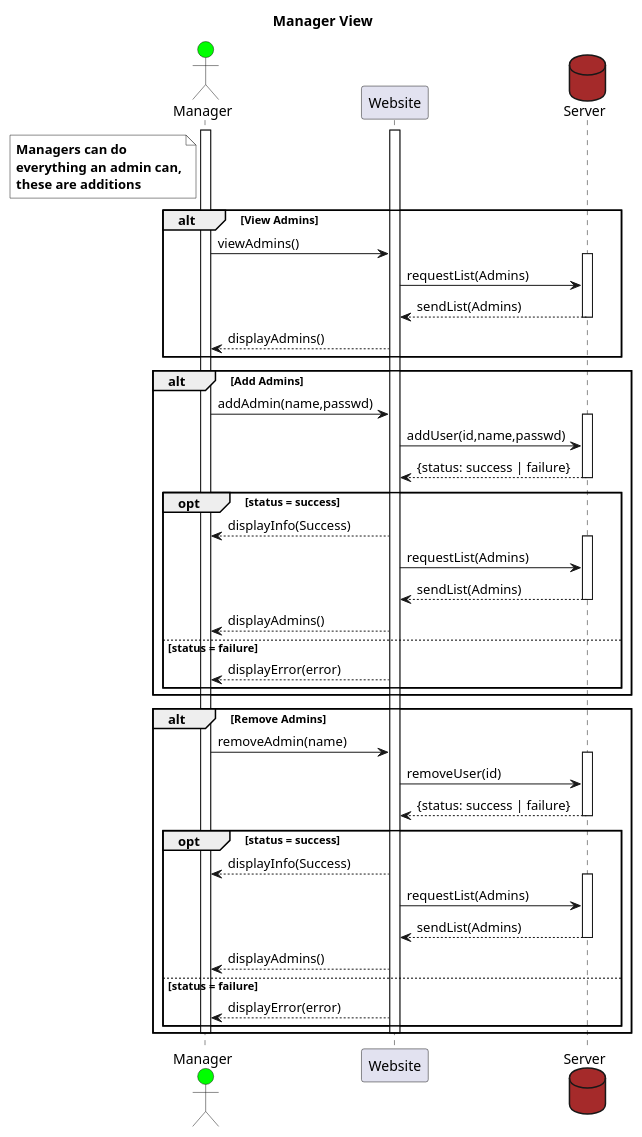
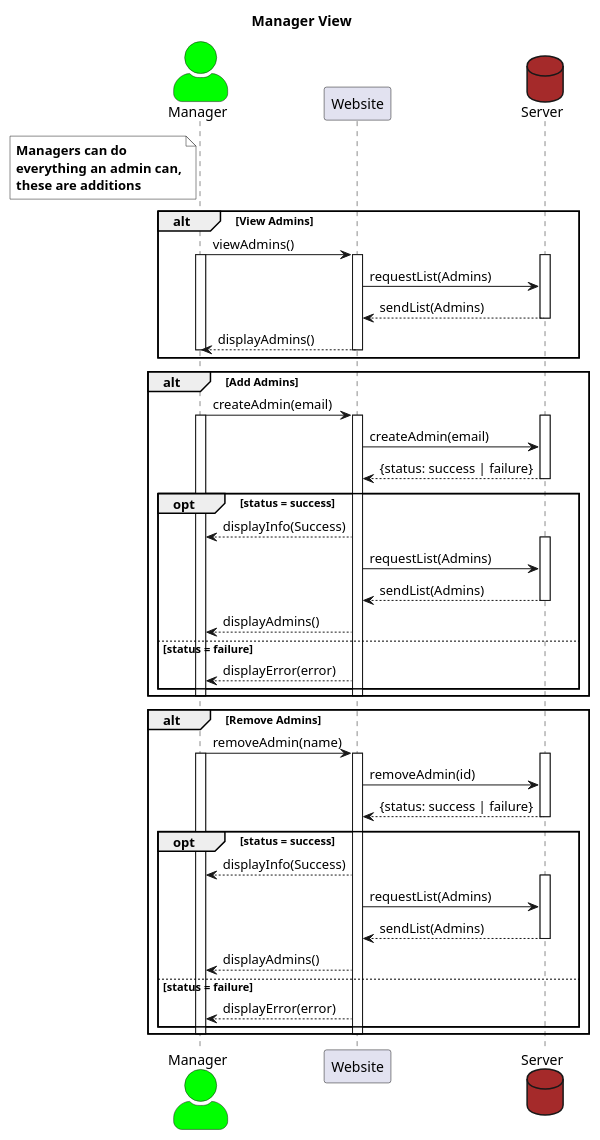
One commit to felixalbrigtsen/asura-tmdb changed the diagram in documentation/sequence_diagrams/sequenceDiagramManager.puml. Above: the diagram before and after it, drawn with PlantUML. The commit also changed 7 other files, not shown here.

```diff
--- a/documentation/sequence_diagrams/sequenceDiagramManager.puml
+++ b/documentation/sequence_diagrams/sequenceDiagramManager.puml
@@ -1,67 +1,77 @@
 @startuml Manger View
 title Manager View
+skinparam actorStyle awesome
+
 Actor Manager #lime
 participant Website
 database Server #brown
 
 note left of Manager #white
 **Managers can do** 
 **everything an admin can,**
 **these are additions**
 end note
 
 alt View Admins
+Manager->Website: viewAdmins()
 activate Manager
 activate Website
-    Manager->Website: viewAdmins()
 activate Server
     Website->Server: requestList(Admins)
     Website<--Server: sendList(Admins)
 deactivate Server
     Manager<--Website: displayAdmins()
+deactivate Manager
+deactivate Website
 end
 
 alt Add Admins
-    Manager->Website: addAdmin(name,passwd)
+    Manager->Website: createAdmin(email)
+    activate Manager
+    activate Website
 activate Server
-    Website->Server: addUser(id,name,passwd)
+    Website->Server: createAdmin(email)
     Website<--Server: {status: success | failure}
 deactivate Server
     opt status = success
         Manager<--Website: displayInfo(Success)
     activate Server
         Website->Server: requestList(Admins)
             Website<--Server: sendList(Admins)
     deactivate Server
         Manager<--Website: displayAdmins()
     
     else status = failure
         Manager<--Website: displayError(error)  
     end
+deactivate Manager
+deactivate Website
 end
 
 alt Remove Admins
     Manager->Website: removeAdmin(name)
+    activate Manager
+    activate Website
 activate Server
-    Website->Server: removeUser(id)
+    Website->Server: removeAdmin(id)
     Website<--Server: {status: success | failure}
 deactivate Server
     opt status = success
         Manager<--Website: displayInfo(Success)
     activate Server
         Website->Server: requestList(Admins)
             Website<--Server: sendList(Admins)
     deactivate Server
         Manager<--Website: displayAdmins()
     
     else status = failure
         Manager<--Website: displayError(error)  
     end
 deactivate Manager
 deactivate Website
 end
 
 
 
 
 @enduml
```
